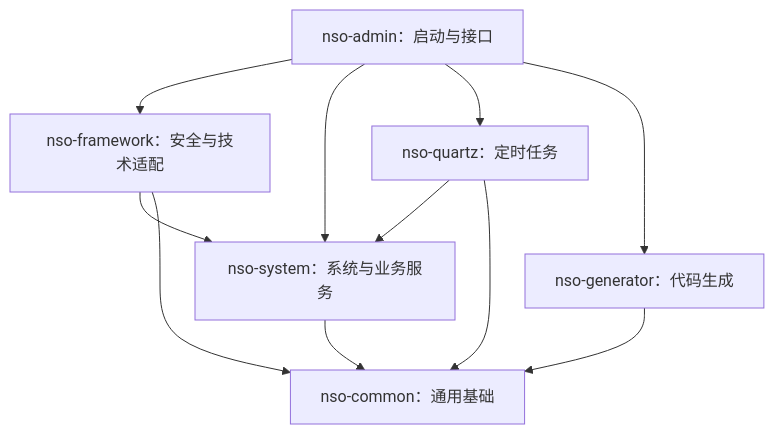
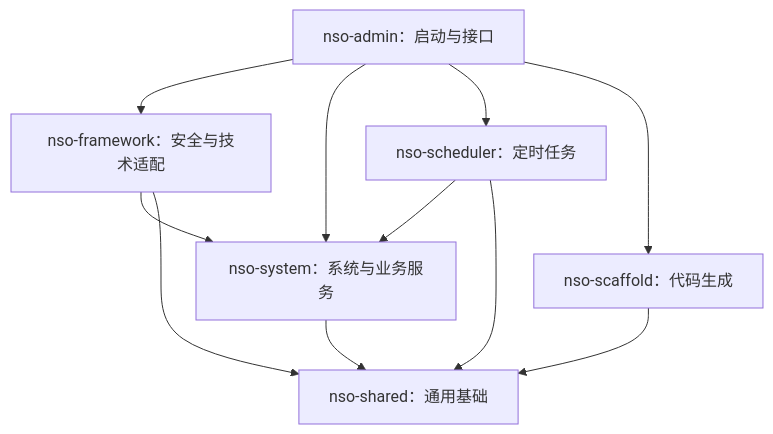
One commit to lly1688/nso-platform changed the sixth of 7 diagrams in docs/development-plan/智慧非标订单打样与变更协同平台V1.0_需求规格说明书_V1.5_若依标准模块架构版.md. Above: the diagram before and after it, drawn with Mermaid. The commit also changed other lines of this file and 502 other files, not shown here.

````diff
--- a/docs/development-plan/智慧非标订单打样与变更协同平台V1.0_需求规格说明书_V1.5_若依标准模块架构版.md
+++ b/docs/development-plan/智慧非标订单打样与变更协同平台V1.0_需求规格说明书_V1.5_若依标准模块架构版.md
@@ -866,20 +840,20 @@
 ```mermaid
 flowchart TB
-    COMMON["nso-common：通用基础"]
+    COMMON["nso-shared：通用基础"]
     SYSTEM["nso-system：系统与业务服务"]
     FRAMEWORK["nso-framework：安全与技术适配"]
-    QUARTZ["nso-quartz：定时任务"]
-    GENERATOR["nso-generator：代码生成"]
+    QUARTZ["nso-scheduler：定时任务"]
+    GENERATOR["nso-scaffold：代码生成"]
     ADMIN["nso-admin：启动与接口"]
 
     SYSTEM --> COMMON
     FRAMEWORK --> SYSTEM
     FRAMEWORK --> COMMON
     QUARTZ --> SYSTEM
     QUARTZ --> COMMON
     GENERATOR --> COMMON
     ADMIN --> FRAMEWORK
     ADMIN --> SYSTEM
     ADMIN --> QUARTZ
     ADMIN --> GENERATOR
 ```
````
